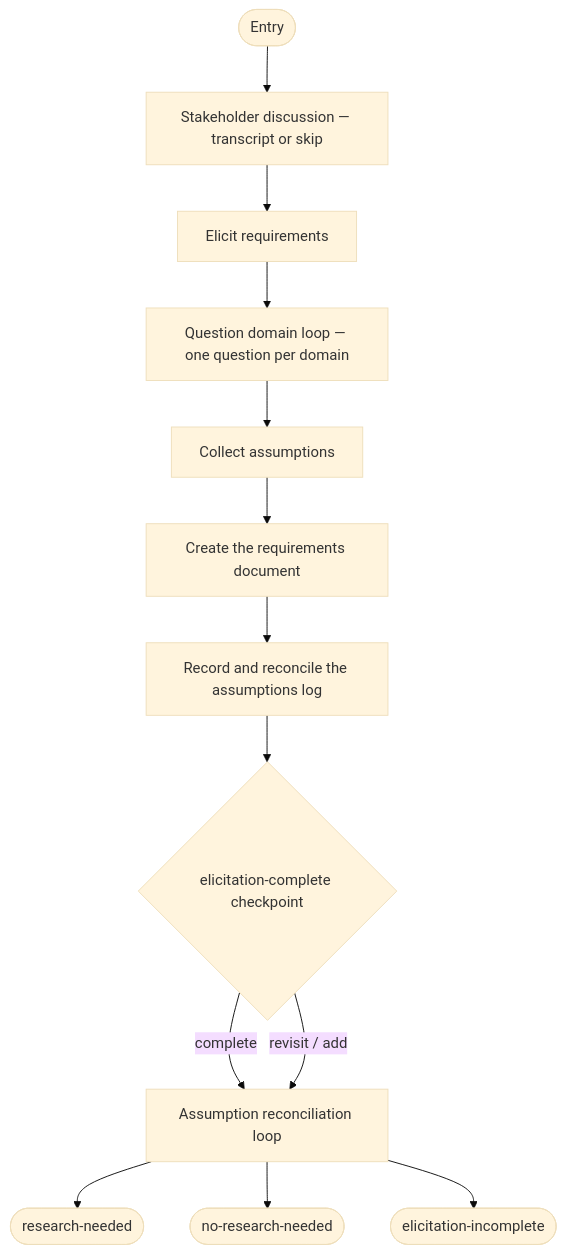
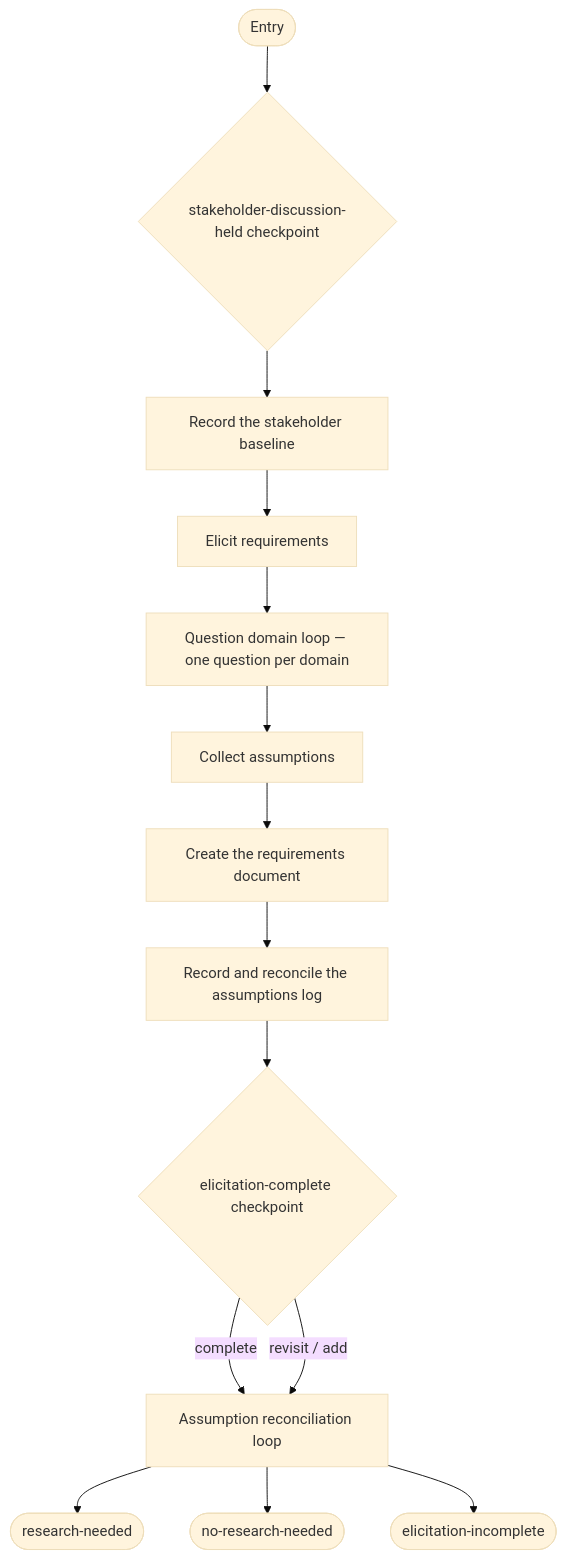
Before and after one commit to m2ux/workflow-server: the fourth of 15 diagrams in work-package/activities/README.md, drawn with Mermaid (base theme). The commit also changed other lines of this file and 21 other files, not shown here.

````diff
--- a/work-package/activities/README.md
+++ b/work-package/activities/README.md
@@ -112,17 +112,18 @@
 ```mermaid
 graph TD
-    entryNode(["Entry"]) --> discuss["Stakeholder discussion — transcript or skip"]
+    entryNode(["Entry"]) --> cpDiscussion{"stakeholder-discussion-held checkpoint"}
+    cpDiscussion --> discuss["Record the stakeholder baseline"]
     discuss --> elicit["Elicit requirements"]
     elicit --> domainLoop["Question domain loop — one question per domain"]
     domainLoop --> collect["Collect assumptions"]
     collect --> document["Create the requirements document"]
     document --> record["Record and reconcile the assumptions log"]
 
     record --> cpComplete{"elicitation-complete checkpoint"}
     cpComplete -->|"complete"| reconcileLoop["Assumption reconciliation loop"]
     cpComplete -->|"revisit / add"| reconcileLoop
 
     reconcileLoop --> exitResearch(["research-needed"])
     reconcileLoop --> exitNoResearch(["no-research-needed"])
     reconcileLoop --> exitIncomplete(["elicitation-incomplete"])
 ```
````
